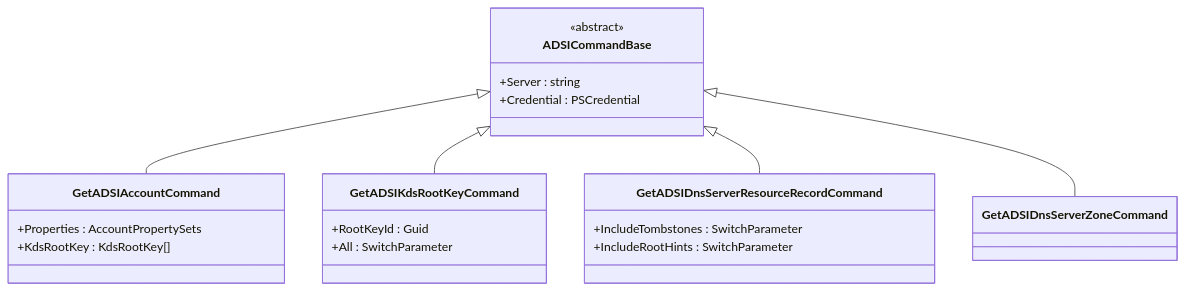
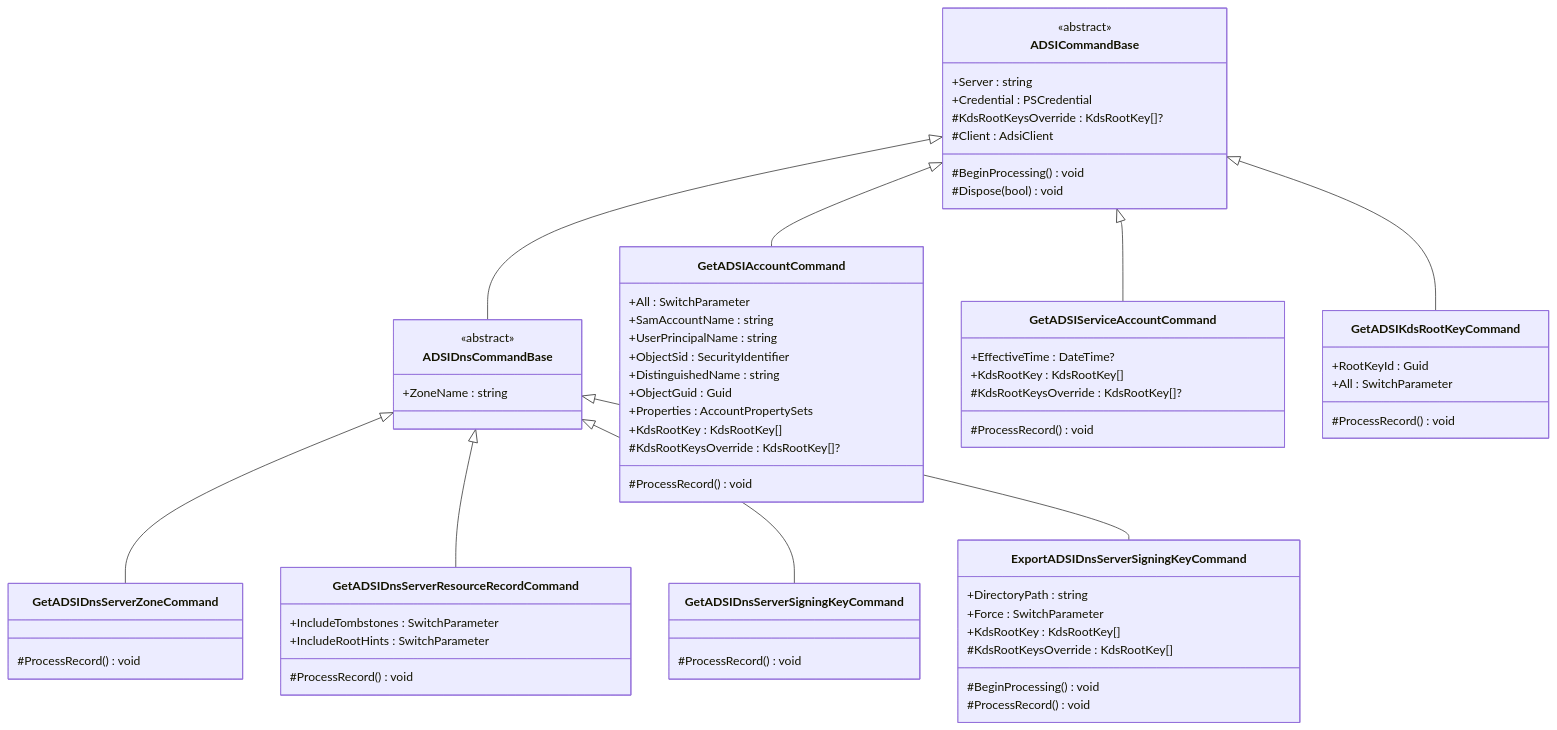
Before and after one commit to MichaelGrafnetter/DSInternals: the fifth of 10 diagrams in Src/DSInternals.PowerShell/Commands/README.md, drawn with Mermaid. The commit also changed other lines of this file and 24 other files, not shown here.

Commit message:
DNS signing key retrieval

````diff
--- a/Src/DSInternals.PowerShell/Commands/README.md
+++ b/Src/DSInternals.PowerShell/Commands/README.md
@@ -281,26 +431,68 @@
 ```mermaid
 classDiagram
     direction TB
     class ADSICommandBase {
         <<abstract>>
         +Server : string
         +Credential : PSCredential
+        #KdsRootKeysOverride : KdsRootKey[]?
+        #Client : AdsiClient
+        #BeginProcessing() void
+        #Dispose(bool) void
+    }
+    class ADSIDnsCommandBase {
+        <<abstract>>
+        +ZoneName : string
     }
     class GetADSIAccountCommand {
+        +All : SwitchParameter
+        +SamAccountName : string
+        +UserPrincipalName : string
+        +ObjectSid : SecurityIdentifier
+        +DistinguishedName : string
+        +ObjectGuid : Guid
         +Properties : AccountPropertySets
         +KdsRootKey : KdsRootKey[]
+        #KdsRootKeysOverride : KdsRootKey[]?
+        #ProcessRecord() void
+    }
+    class GetADSIServiceAccountCommand {
+        +EffectiveTime : DateTime?
+        +KdsRootKey : KdsRootKey[]
+        #KdsRootKeysOverride : KdsRootKey[]?
+        #ProcessRecord() void
     }
     class GetADSIKdsRootKeyCommand {
         +RootKeyId : Guid
         +All : SwitchParameter
+        #ProcessRecord() void
+    }
+    class GetADSIDnsServerZoneCommand {
+        #ProcessRecord() void
     }
     class GetADSIDnsServerResourceRecordCommand {
         +IncludeTombstones : SwitchParameter
         +IncludeRootHints : SwitchParameter
+        #ProcessRecord() void
     }
-    class GetADSIDnsServerZoneCommand
+    class GetADSIDnsServerSigningKeyCommand {
+        #ProcessRecord() void
+    }
+    class ExportADSIDnsServerSigningKeyCommand {
+        +DirectoryPath : string
+        +Force : SwitchParameter
+        +KdsRootKey : KdsRootKey[]
+        #KdsRootKeysOverride : KdsRootKey[]
+        #BeginProcessing() void
+        #ProcessRecord() void
+    }
+
+    ADSICommandBase <|-- ADSIDnsCommandBase
     ADSICommandBase <|-- GetADSIAccountCommand
+    ADSICommandBase <|-- GetADSIServiceAccountCommand
     ADSICommandBase <|-- GetADSIKdsRootKeyCommand
-    ADSICommandBase <|-- GetADSIDnsServerResourceRecordCommand
-    ADSICommandBase <|-- GetADSIDnsServerZoneCommand
+    ADSIDnsCommandBase <|-- GetADSIDnsServerZoneCommand
+    ADSIDnsCommandBase <|-- GetADSIDnsServerResourceRecordCommand
+    ADSIDnsCommandBase <|-- GetADSIDnsServerSigningKeyCommand
+    ADSIDnsCommandBase <|-- ExportADSIDnsServerSigningKeyCommand
 ```
````
